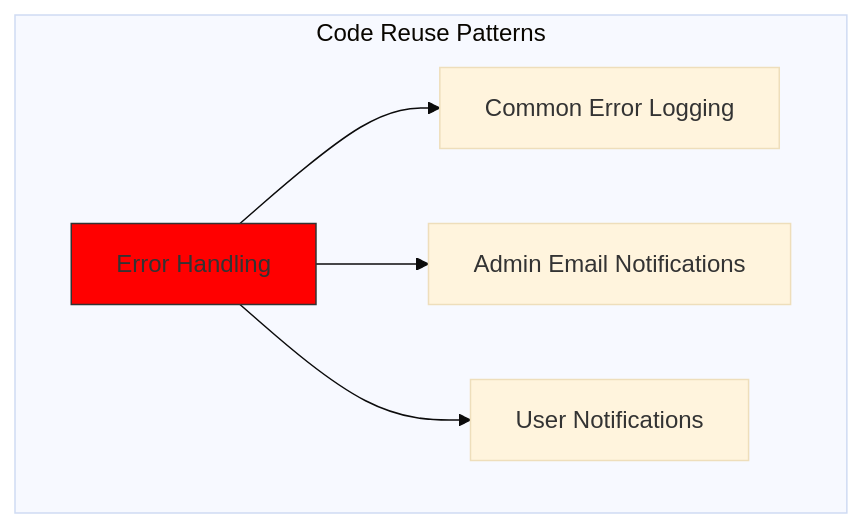
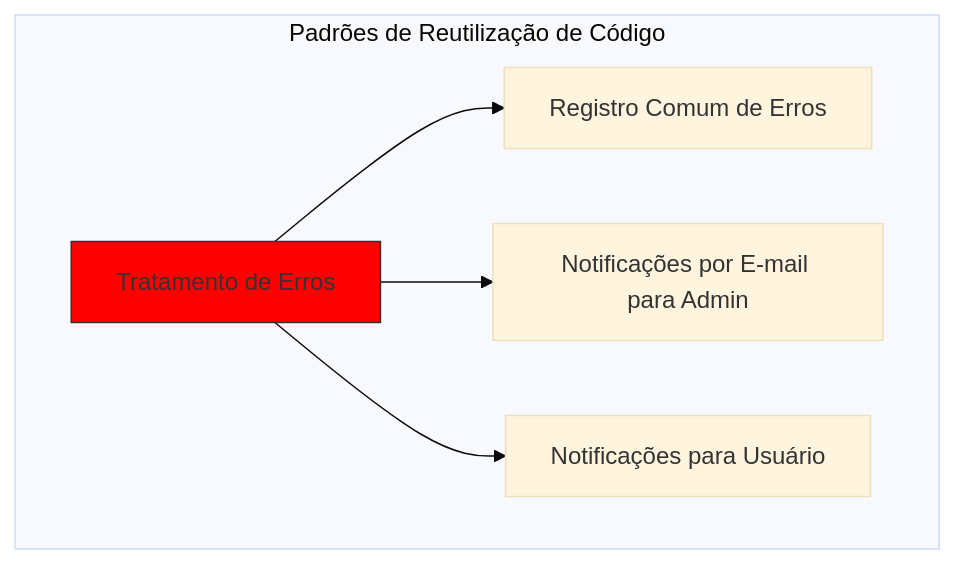
The fourth of 7 diagrams in app/views/docs/building-reliable-payment-system-stripe-paypal/index-pt.md (forwardemail/forwardemail.net), drawn with Mermaid (base theme) before and after one commit. The commit also changed other lines of this file and 1055 other files, not shown here.

````diff
--- a/app/views/docs/building-reliable-payment-system-stripe-paypal/index-pt.md
+++ b/app/views/docs/building-reliable-payment-system-stripe-paypal/index-pt.md
@@ -611,14 +615,14 @@
 ```mermaid
 graph TD
-    subgraph "Code Reuse Patterns"
-        E[Error Handling] --> F[Common Error Logging]
-        E --> G[Admin Email Notifications]
-        E --> H[User Notifications]
+    subgraph "Padrões de Reutilização de Código"
+        E[Tratamento de Erros] --> F[Registro Comum de Erros]
+        E --> G[Notificações por E-mail para Admin]
+        E --> H[Notificações para Usuário]
     end
 
     classDef primary fill:blue,stroke:#333,stroke-width:2px;
     classDef secondary fill:red,stroke:#333,stroke-width:1px;
 
     class A,P,V primary;
     class B,C,D,E,I,L,Q,R,S,W,X,Y,Z secondary;
 ```
````
